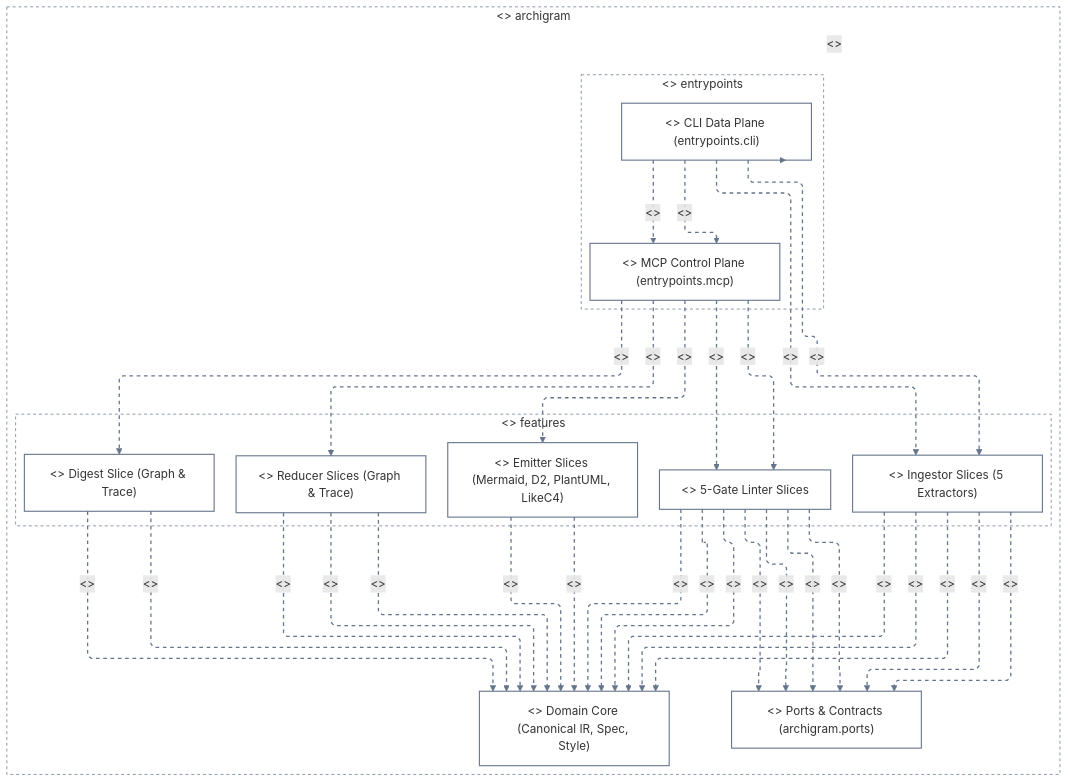
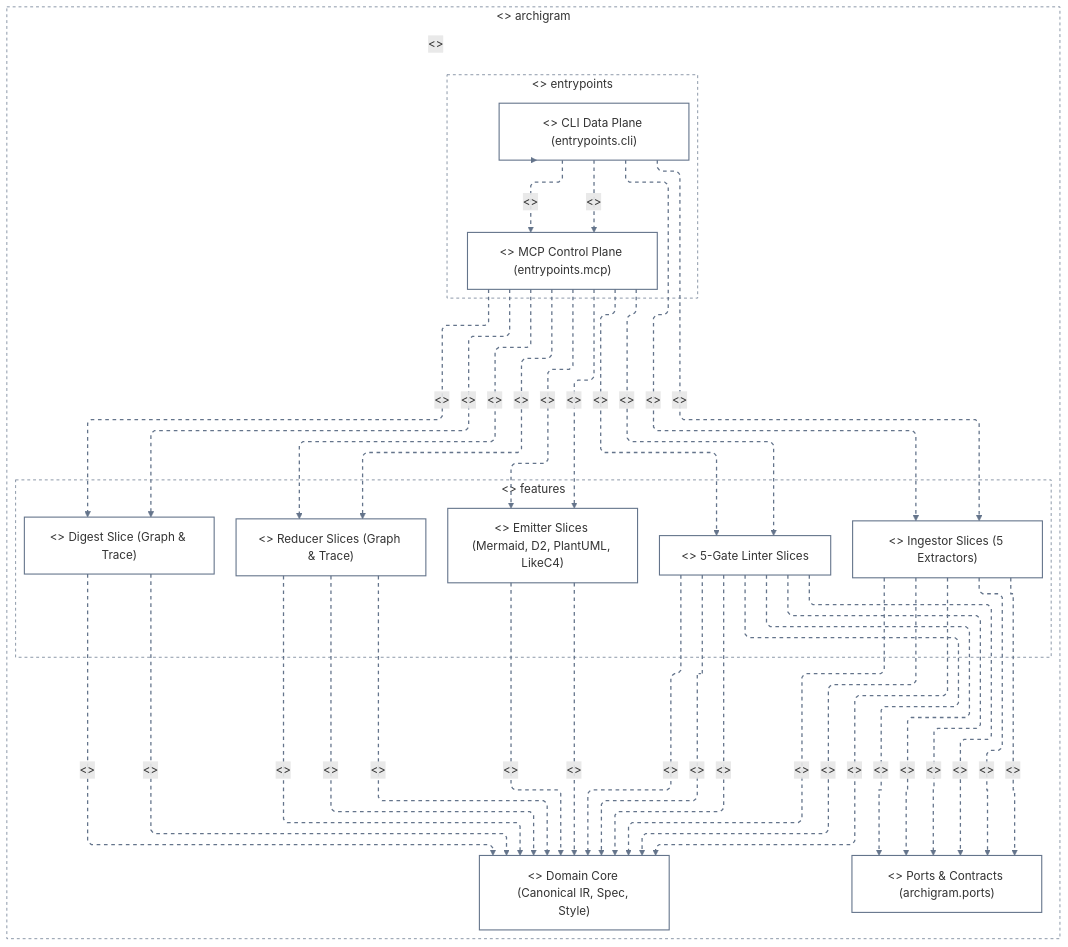
One commit to klcd/archigram changed the diagram in docs/architecture/diagrams/showcase_uml_package_mermaid.mmd. Above: the diagram before and after it, drawn with Mermaid. The commit also changed 44 other files, not shown here.

```diff
--- a/docs/architecture/diagrams/showcase_uml_package_mermaid.mmd
+++ b/docs/architecture/diagrams/showcase_uml_package_mermaid.mmd
@@ -1,60 +1,63 @@
 ---
 config:
   layout: elk
   elk:
     mergeEdges: false
     nodePlacementStrategy: BRANDES_KOEPF
   flowchart:
     defaultRenderer: elk
     curve: linear
 ---
 flowchart TD
   classDef default fill:transparent,stroke:#64748b,stroke-width:1.5px
   subgraph n0["<<package>> archigram"]
     subgraph n1["<<package>> entrypoints"]
       n3["<<package>> CLI Data Plane (entrypoints.cli)"]
       n10["<<package>> MCP Control Plane (entrypoints.mcp)"]
     end
     subgraph n2["<<package>> features"]
       n5["<<package>> Digest Slice (Graph & Trace)"]
       n6["<<package>> Emitter Slices (Mermaid, D2, PlantUML, LikeC4)"]
       n7["<<package>> Ingestor Slices (5 Extractors)"]
       n8["<<package>> 5-Gate Linter Slices"]
       n9["<<package>> Reducer Slices (Graph & Trace)"]
     end
     n4["<<package>> Domain Core (Canonical IR, Spec, Style)"]
     n11["<<package>> Ports & Contracts (archigram.ports)"]
   end
   style n0 fill:transparent,stroke:#64748b,stroke-width:1px,stroke-dasharray:4 4
   style n1 fill:transparent,stroke:#64748b,stroke-width:1px,stroke-dasharray:4 4
   style n2 fill:transparent,stroke:#64748b,stroke-width:1px,stroke-dasharray:4 4
   n3 -.->|"<<import>>"| n0
   n10 -.->|"<<import>>"| n5
+  n10 -.->|"<<import>>"| n5
   n5 -.->|"<<import>>"| n4
   n9 -.->|"<<import>>"| n4
   n8 -.->|"<<import>>"| n4
   n7 -.->|"<<import>>"| n4
   n9 -.->|"<<import>>"| n4
   n7 -.->|"<<import>>"| n4
   n8 -.->|"<<import>>"| n4
   n5 -.->|"<<import>>"| n4
   n8 -.->|"<<import>>"| n4
   n9 -.->|"<<import>>"| n4
   n7 -.->|"<<import>>"| n4
   n6 -.->|"<<import>>"| n4
   n6 -.->|"<<import>>"| n4
   n10 -.->|"<<import>>"| n6
+  n10 -.->|"<<import>>"| n6
   n3 -.->|"<<import>>"| n7
   n3 -.->|"<<import>>"| n7
   n10 -.->|"<<import>>"| n8
   n10 -.->|"<<import>>"| n8
   n3 -.->|"<<import>>"| n10
   n3 -.->|"<<import>>"| n10
   n8 -.->|"<<import>>"| n11
   n7 -.->|"<<import>>"| n11
   n8 -.->|"<<import>>"| n11
   n8 -.->|"<<import>>"| n11
   n7 -.->|"<<import>>"| n11
   n8 -.->|"<<import>>"| n11
   n10 -.->|"<<import>>"| n9
-  linkStyle 0,1,2,3,4,5,6,7,8,9,10,11,12,13,14,15,16,17,18,19,20,21,22,23,24,25,26,27,28 stroke:#64748b,stroke-width:1.75px,stroke-dasharray:5 5
+  n10 -.->|"<<import>>"| n9
+  linkStyle 0,1,2,3,4,5,6,7,8,9,10,11,12,13,14,15,16,17,18,19,20,21,22,23,24,25,26,27,28,29,30,31 stroke:#64748b,stroke-width:1.75px,stroke-dasharray:5 5
```
